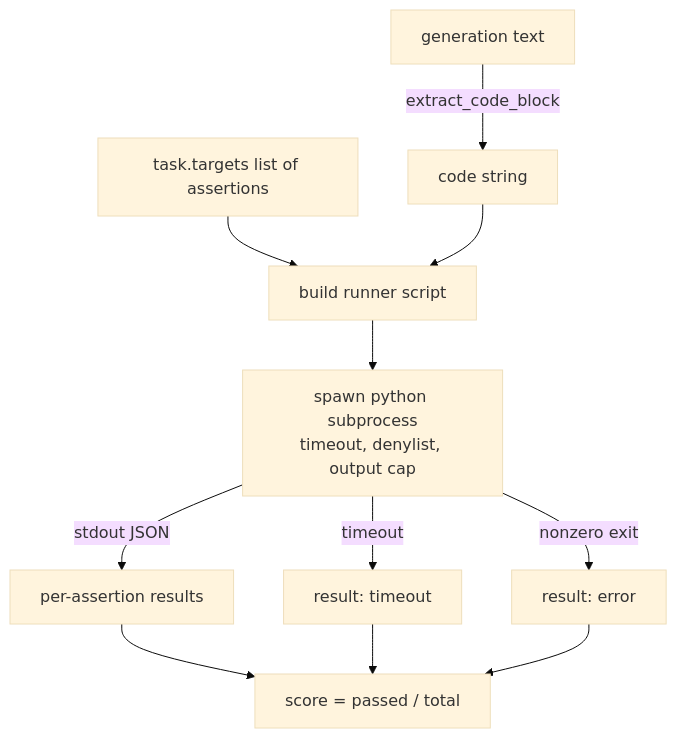
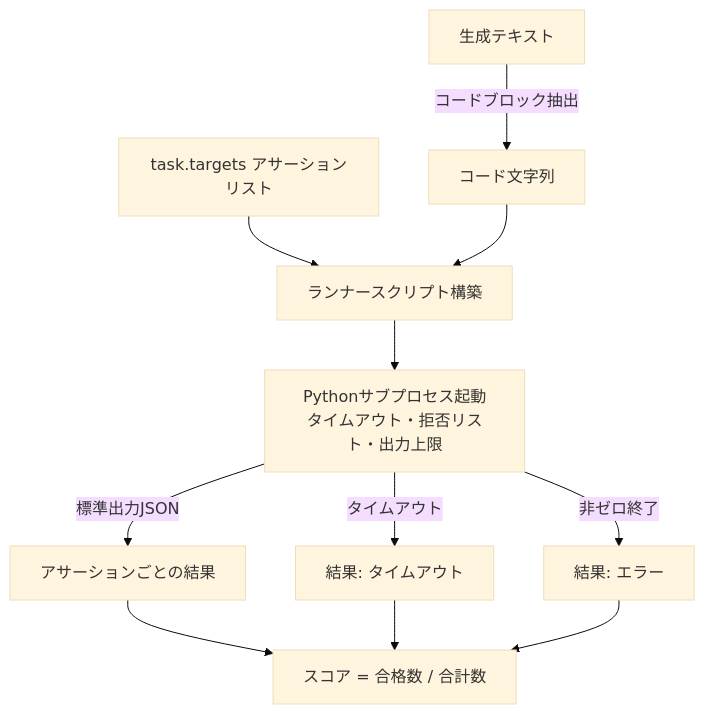
The first of 2 diagrams in content/phases/19-capstone-projects/72-code-exec-metric/lesson.ja.md (shoshoshomen/synapse-academy), drawn with Mermaid (base theme) before and after one commit. The commit also changed other lines of this file and 124 other files, not shown here.

First line of the commit message:
feat(i18n): mermaid図のラベルを日本語化(194レッスン/374図)

````diff
--- a/content/phases/19-capstone-projects/72-code-exec-metric/lesson.ja.md
+++ b/content/phases/19-capstone-projects/72-code-exec-metric/lesson.ja.md
@@ -24,13 +24,13 @@
 ```mermaid
 flowchart TD
-    A[generation text] -->|extract_code_block| B[code string]
-    C[task.targets list of assertions] --> D[build runner script]
+    A["生成テキスト"] -->|"コードブロック抽出"| B["コード文字列"]
+    C["task.targets アサーションリスト"] --> D["ランナースクリプト構築"]
     B --> D
-    D --> E[spawn python subprocess<br/>timeout, denylist, output cap]
-    E -->|stdout JSON| F[per-assertion results]
-    E -->|timeout| G[result: timeout]
-    E -->|nonzero exit| H[result: error]
-    F --> I[score = passed / total]
+    D --> E["Pythonサブプロセス起動\nタイムアウト・拒否リスト・出力上限"]
+    E -->|"標準出力JSON"| F["アサーションごとの結果"]
+    E -->|"タイムアウト"| G["結果: タイムアウト"]
+    E -->|"非ゼロ終了"| H["結果: エラー"]
+    F --> I["スコア = 合格数 / 合計数"]
     G --> I
     H --> I
 ```
````
